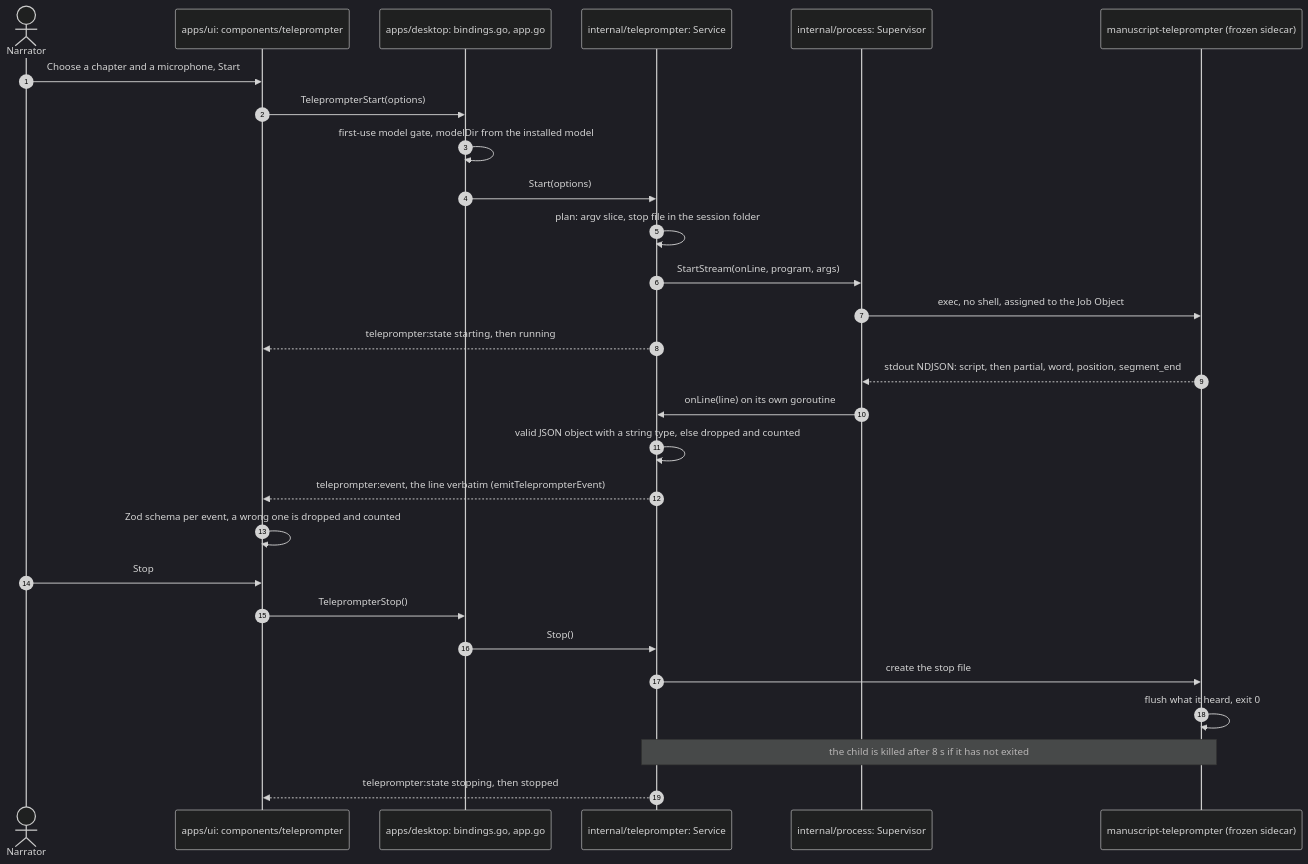
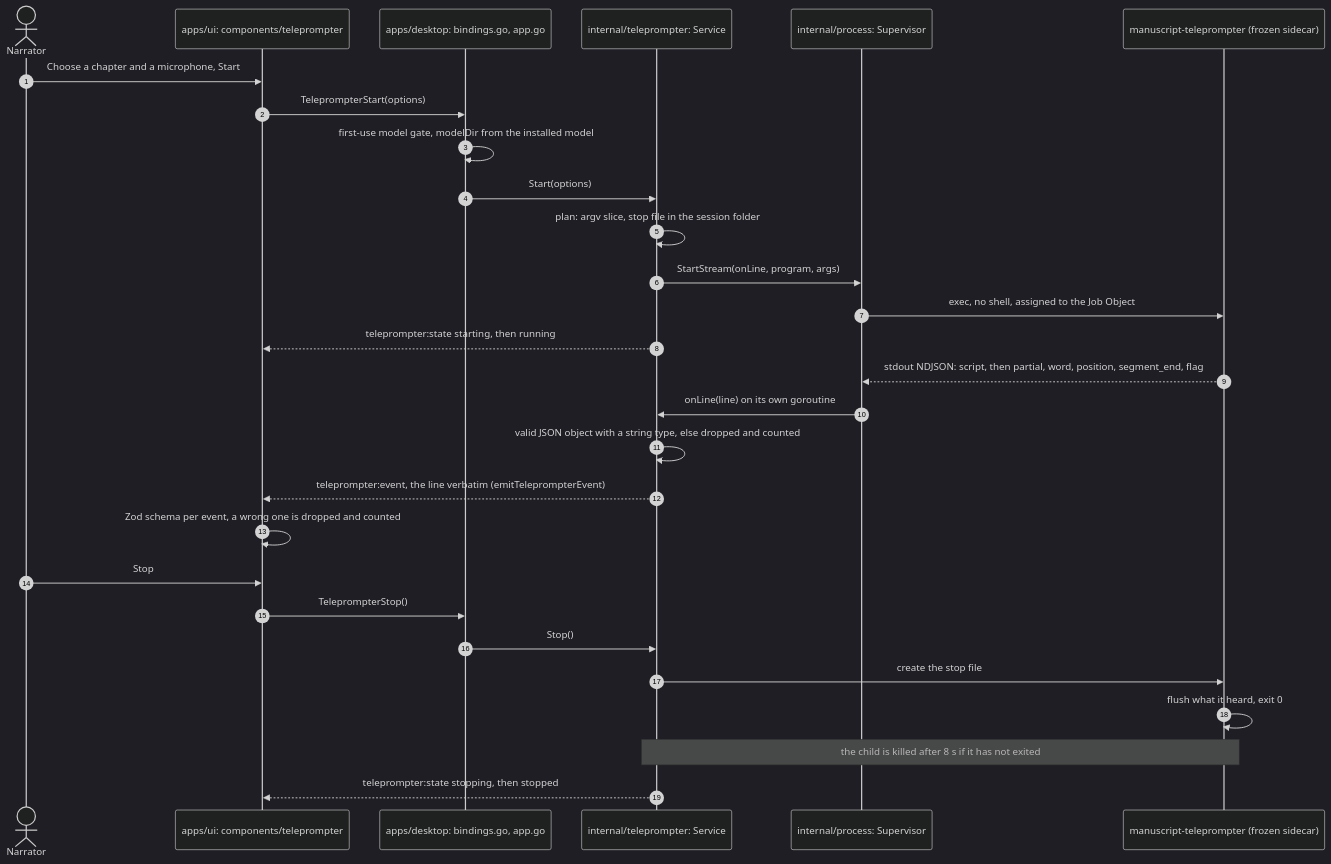
One commit to countrymanprime/narration-utils changed the diagram in docs/architecture/manuscript-teleprompter.md. Above: the diagram before and after it, drawn with Mermaid (dark theme). The commit also changed other lines of this file and 34 other files, not shown here.

````diff
--- a/docs/architecture/manuscript-teleprompter.md
+++ b/docs/architecture/manuscript-teleprompter.md
@@ -288,30 +317,30 @@
 ```mermaid
 sequenceDiagram
   autonumber
   actor N as Narrator
   participant UI as apps/ui: components/teleprompter
   participant B as apps/desktop: bindings.go, app.go
   participant S as internal/teleprompter: Service
   participant P as internal/process: Supervisor
   participant T as manuscript-teleprompter (frozen sidecar)
   N->>UI: Choose a chapter and a microphone, Start
   UI->>B: TeleprompterStart(options)
   B->>B: first-use model gate, modelDir from the installed model
   B->>S: Start(options)
   S->>S: plan: argv slice, stop file in the session folder
   S->>P: StartStream(onLine, program, args)
   P->>T: exec, no shell, assigned to the Job Object
   S-->>UI: teleprompter:state starting, then running
-  T-->>P: stdout NDJSON: script, then partial, word, position, segment_end
+  T-->>P: stdout NDJSON: script, then partial, word, position, segment_end, flag
   P->>S: onLine(line) on its own goroutine
   S->>S: valid JSON object with a string type, else dropped and counted
   S-->>UI: teleprompter:event, the line verbatim (emitTeleprompterEvent)
   UI->>UI: Zod schema per event, a wrong one is dropped and counted
   N->>UI: Stop
   UI->>B: TeleprompterStop()
   B->>S: Stop()
   S->>T: create the stop file
   T->>T: flush what it heard, exit 0
   Note over S,T: the child is killed after 8 s if it has not exited
   S-->>UI: teleprompter:state stopping, then stopped
 ```
````
